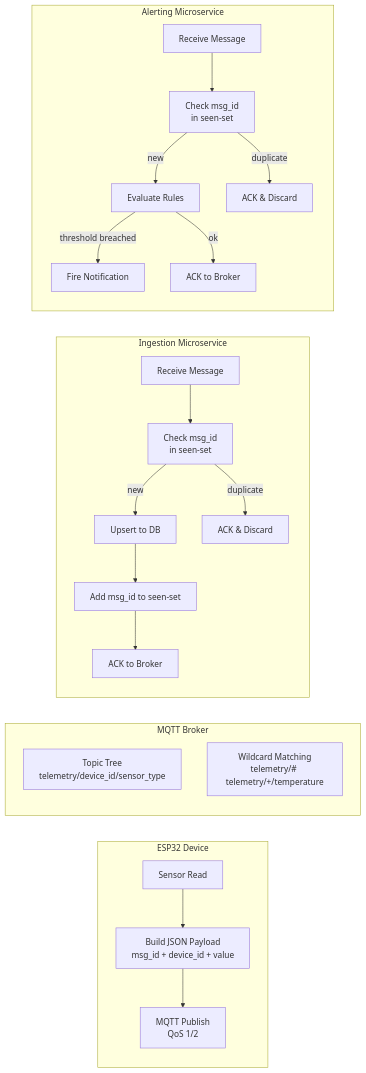
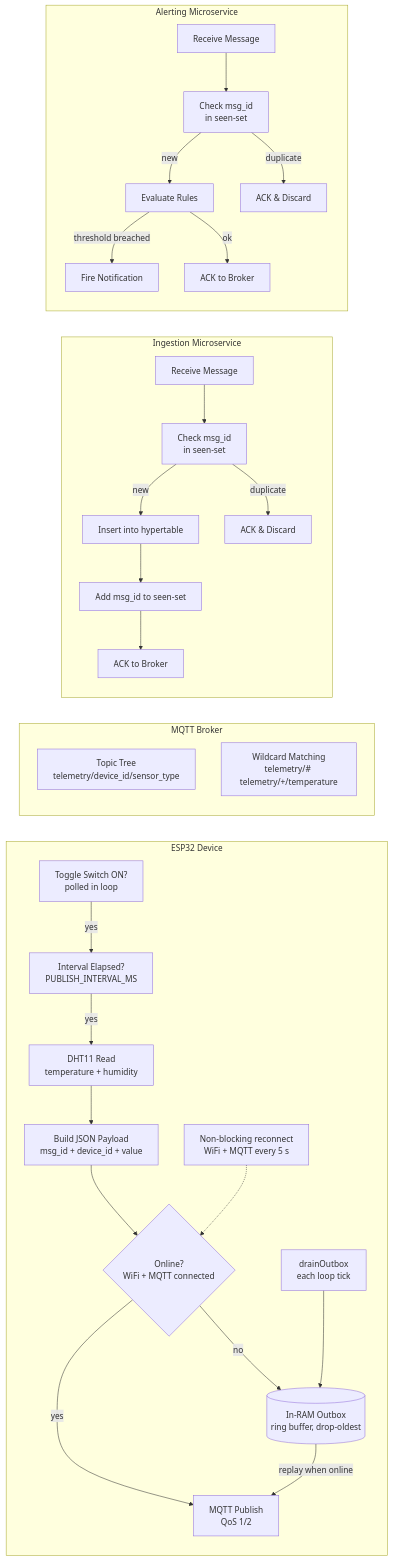
The second of 4 diagrams in architecture.md (LukaIvekovic/iot-telemtry-processing), drawn with Mermaid before and after one commit. The commit also changed other lines of this file and 16 other files, not shown here.

````diff
--- a/architecture.md
+++ b/architecture.md
@@ -23,28 +23,35 @@
 ```mermaid
 graph LR
     subgraph ESP32 Device
-        Sensor[Sensor Read] --> Payload[Build JSON Payload<br>msg_id + device_id + value]
-        Payload --> Pub[MQTT Publish<br>QoS 1/2]
+        Switch[Toggle Switch ON?<br>polled in loop] -->|yes| Interval[Interval Elapsed?<br>PUBLISH_INTERVAL_MS]
+        Interval -->|yes| Sensor[DHT11 Read<br>temperature + humidity]
+        Sensor --> Payload[Build JSON Payload<br>msg_id + device_id + value]
+        Payload --> Online{Online?<br>WiFi + MQTT connected}
+        Online -->|yes| Pub[MQTT Publish<br>QoS 1/2]
+        Online -->|no| Outbox[(In-RAM Outbox<br>ring buffer, drop-oldest)]
+        Drain[drainOutbox<br>each loop tick] --> Outbox
+        Outbox -->|replay when online| Pub
+        Recon[Non-blocking reconnect<br>WiFi + MQTT every 5 s] -.-> Online
     end
 
     subgraph MQTT Broker
         Topics[Topic Tree<br>telemetry/device_id/sensor_type]
         Wildcard[Wildcard Matching<br>telemetry/# telemetry/+/temperature]
     end
 
     subgraph Ingestion Microservice
         Recv1[Receive Message] --> Dedup[Check msg_id<br>in seen-set]
-        Dedup -->|new| Store[Upsert to DB]
+        Dedup -->|new| Store[Insert into hypertable]
         Dedup -->|duplicate| Discard1[ACK & Discard]
         Store --> AddSeen[Add msg_id to seen-set]
         AddSeen --> ACK1[ACK to Broker]
     end
 
     subgraph Alerting Microservice
         Recv2[Receive Message] --> Dedup2[Check msg_id<br>in seen-set]
         Dedup2 -->|new| Eval[Evaluate Rules]
         Dedup2 -->|duplicate| Discard2[ACK & Discard]
         Eval -->|threshold breached| Alert[Fire Notification]
         Eval -->|ok| ACK2[ACK to Broker]
     end
 ```
````
